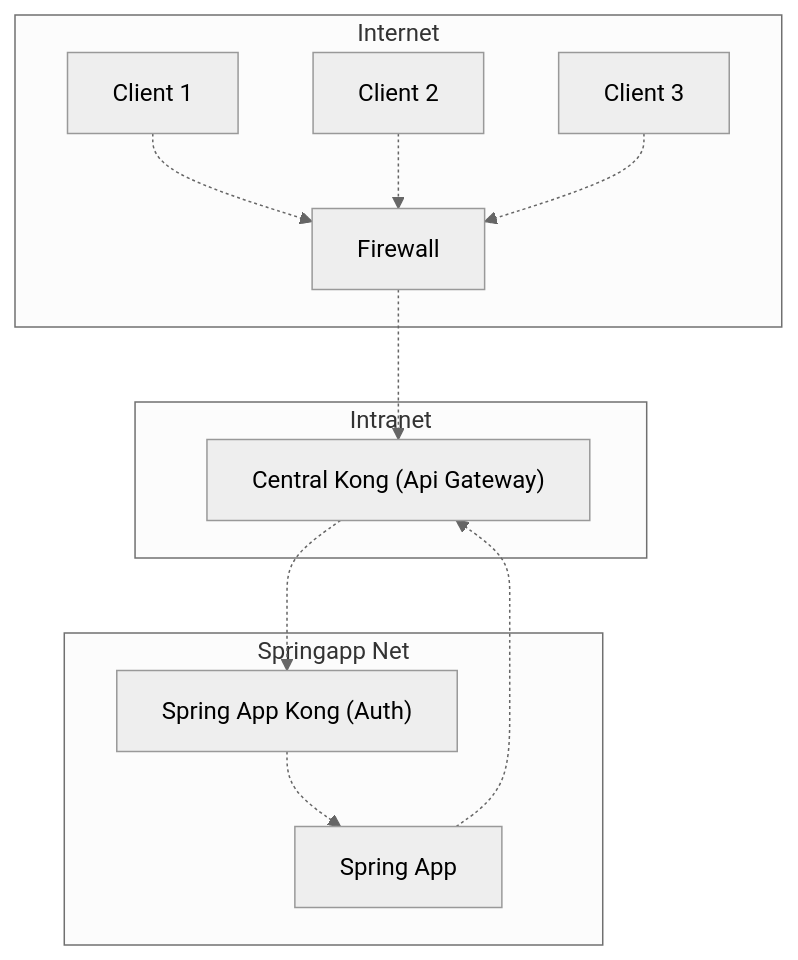
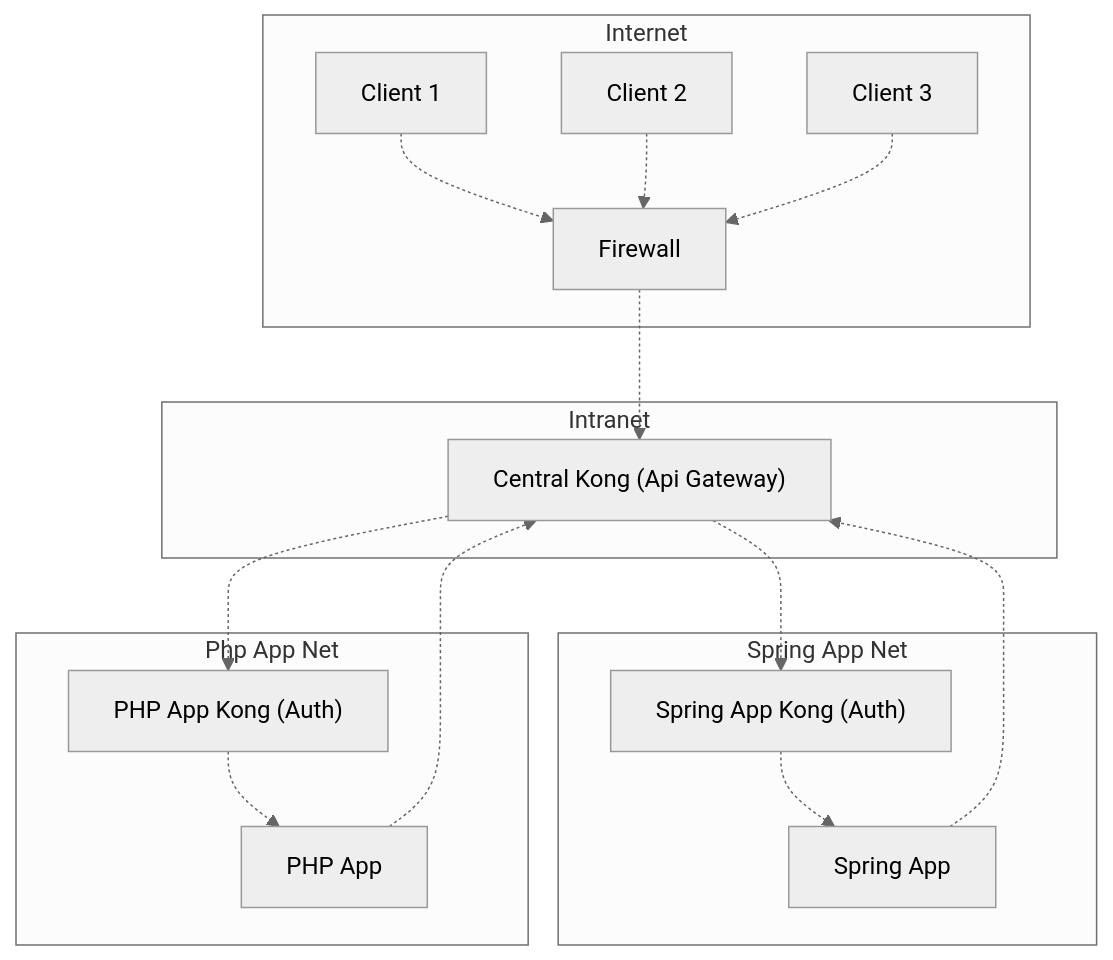
The first of 2 diagrams in README.md (FrankleyRocha/poc-kong), drawn with Mermaid (neutral theme) before and after one commit. The commit also changed other lines of this file and 7 other files, not shown here.

Commit message:
PHP app implemented

````diff
--- a/README.md
+++ b/README.md
@@ -5,29 +5,38 @@
 ```mermaid
 graph TD
     subgraph Internet
         Client1["Client 1"]
         Client2["Client 2"]
         Client3["Client 3"]
 
         Firewall
     end
 
     Client1 -.-> Firewall
     Client2 -.-> Firewall
     Client3 -.-> Firewall
     Firewall -.-> central-kong
 
     subgraph intranet["Intranet"]
         central-kong["Central Kong (Api Gateway)"]
     end
 
     central-kong -.-> springapp-kong
+    central-kong -.-> phpapp-kong
 
-    subgraph springapp-net["Springapp Net"]
+    subgraph springapp-net["Spring App Net"]
         springapp["Spring App"]
         springapp-kong["Spring App Kong (Auth)"]
     end
 
     springapp-kong -.-> springapp
     springapp -.-> central-kong
+
+    subgraph phpapp-net["Php App Net"]
+        phpapp["PHP App"]
+        phpapp-kong["PHP App Kong (Auth)"]
+    end
+
+    phpapp-kong -.-> phpapp
+    phpapp -.-> central-kong
 ```
````
